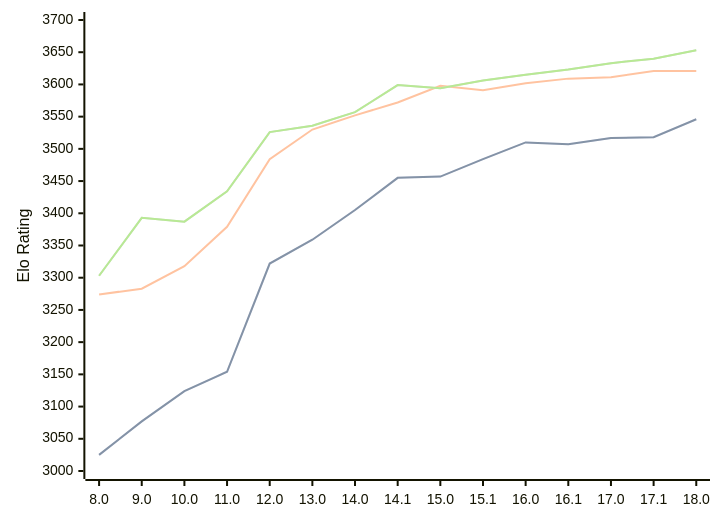
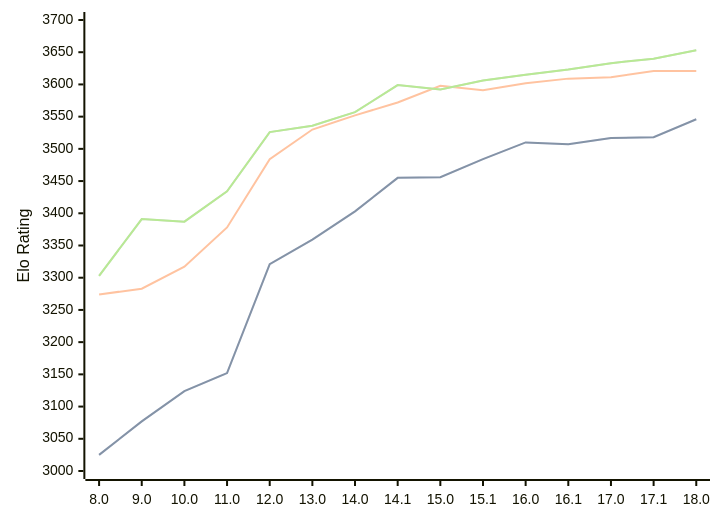
One commit to computer-chess-index/cci changed the diagram in engines/Stockfish.md. Above: the diagram before and after it, drawn with Mermaid. The commit also changed other lines of this file, not shown here.

Commit message:
Update CCI Ratings (ELO VLTC) - 2026-04-28

````diff
--- a/engines/Stockfish.md
+++ b/engines/Stockfish.md
@@ -46,11 +46,11 @@
 ```mermaid
 %%{init: {"theme":"base","themeVariables":{"seriesColors:['#a3a3a3','#222221','#faa371']}}}%%
 xychart-beta
   x-axis ["8.0", "9.0", "10.0", "11.0", "12.0", "13.0", "14.0", "14.1", "15.0", "15.1", "16.0", "16.1", "17.0", "17.1", "18.0"]
   y-axis "Elo Rating" 3000 --> 3700
-  line "STC (8.0+0.08s)" [3025, 3077, 3124, 3154, 3322, 3359, 3405, 3455, 3457, 3484, 3510, 3507, 3517, 3518, 3546]
-  line "STC (8.0+0.08s)" [3025, 3077, 3124, 3154, 3322, 3359, 3405, 3455, 3457, 3484, 3510, 3507, 3517, 3518, 3546]
-  line "LTC (60.0+0.60s)" [3274, 3283, 3318, 3379, 3484, 3530, 3552, 3572, 3598, 3591, 3602, 3609, 3611, 3621, 3621]
-  line "VLTC (2m24s+1.12s)" [3303, 3393, 3387, 3434, 3526, 3536, 3557, 3599, 3594, 3606, 3615, 3623, 3633, 3640, 3653]
-  line "VLTC (2m24s+1.12s)" [3303, 3393, 3387, 3434, 3526, 3536, 3557, 3599, 3594, 3606, 3615, 3623, 3633, 3640, 3653]
+  line "STC (8.0+0.08s)" [3025, 3077, 3124, 3152, 3321, 3359, 3403, 3455, 3456, 3484, 3510, 3507, 3517, 3518, 3546]
+  line "STC (8.0+0.08s)" [3025, 3077, 3124, 3152, 3321, 3359, 3403, 3455, 3456, 3484, 3510, 3507, 3517, 3518, 3546]
+  line "LTC (60.0+0.60s)" [3274, 3283, 3317, 3378, 3484, 3530, 3552, 3572, 3598, 3591, 3602, 3609, 3611, 3621, 3621]
+  line "VLTC (2m24s+1.12s)" [3303, 3391, 3387, 3434, 3526, 3536, 3557, 3599, 3592, 3606, 3615, 3623, 3633, 3640, 3653]
+  line "VLTC (2m24s+1.12s)" [3303, 3391, 3387, 3434, 3526, 3536, 3557, 3599, 3592, 3606, 3615, 3623, 3633, 3640, 3653]
 ```
````
